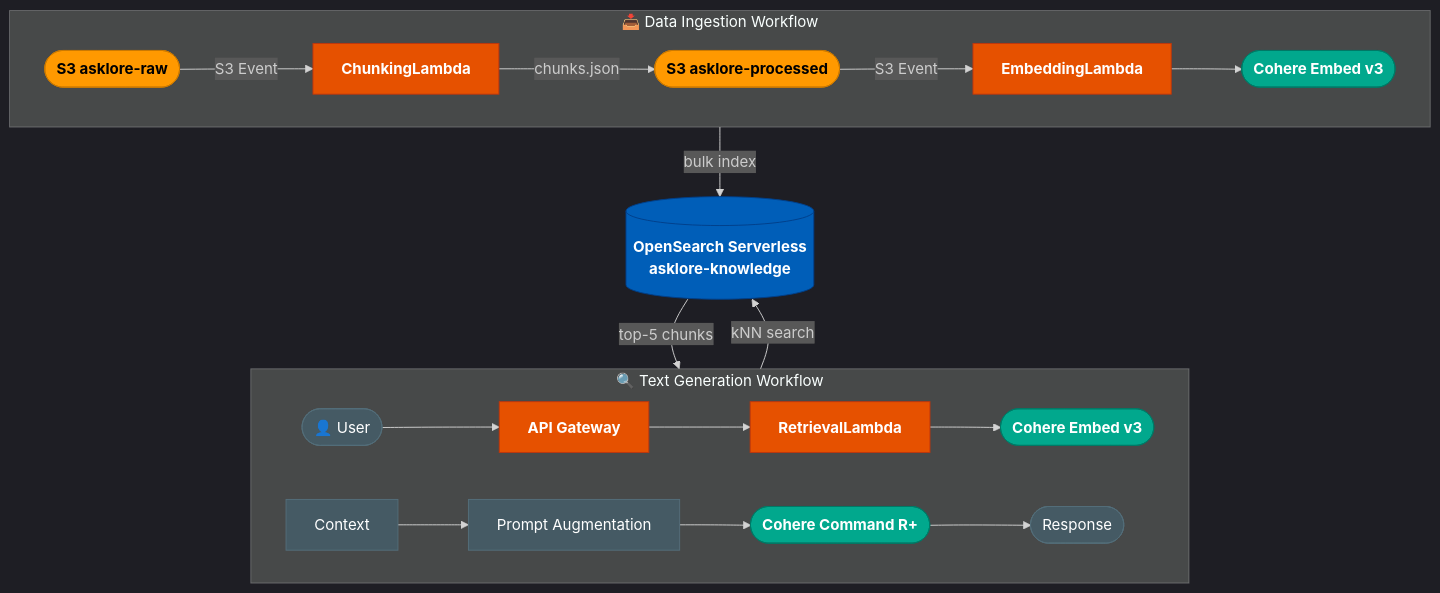
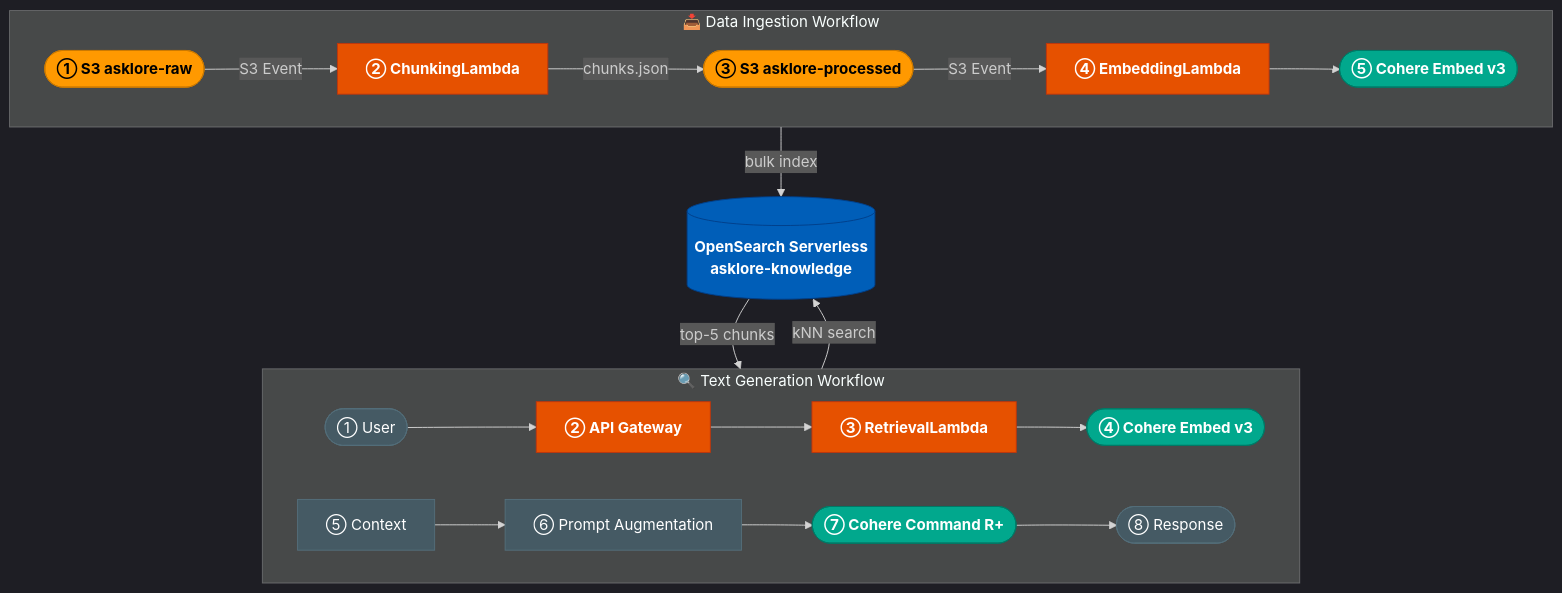
One commit to Sunilrana1978/AskLore changed the diagram in README.md. Above: the diagram before and after it, drawn with Mermaid.

Commit message:
Add step numbers to architecture diagram nodes
Each pipeline has its own ①–⑧ sequence so readers can trace
the flow independently: Text Generation ①–⑧, Ingestion ①–⑤.

````diff
--- a/README.md
+++ b/README.md
@@ -9,40 +9,40 @@
 ```mermaid
 %%{init: {'theme': 'dark'}}%%
 flowchart TB
 
     classDef s3      fill:#FF9900,stroke:#cc7a00,color:#000,font-weight:bold
     classDef lambda  fill:#E65100,stroke:#bf360c,color:#fff,font-weight:bold
     classDef bedrock fill:#01A88D,stroke:#007a67,color:#fff,font-weight:bold
     classDef os      fill:#005EB8,stroke:#003f8a,color:#fff,font-weight:bold
     classDef ext     fill:#455A64,stroke:#546E7A,color:#fff
 
     subgraph QRY["🔍 Text Generation Workflow"]
         direction LR
-        USR(["👤 User"]):::ext
-        GW["API Gateway"]:::lambda
-        RL["RetrievalLambda"]:::lambda
-        CE2(["Cohere Embed v3"]):::bedrock
-        CTX["Context"]:::ext
-        PA["Prompt Augmentation"]:::ext
-        LLM(["Cohere Command R+"]):::bedrock
-        RESP(["Response"]):::ext
+        USR(["① User"]):::ext
+        GW["② API Gateway"]:::lambda
+        RL["③ RetrievalLambda"]:::lambda
+        CE2(["④ Cohere Embed v3"]):::bedrock
+        CTX["⑤ Context"]:::ext
+        PA["⑥ Prompt Augmentation"]:::ext
+        LLM(["⑦ Cohere Command R+"]):::bedrock
+        RESP(["⑧ Response"]):::ext
         USR --> GW --> RL --> CE2
         CTX --> PA --> LLM --> RESP
     end
 
     VS[("OpenSearch Serverless\nasklore-knowledge")]:::os
 
     subgraph ING["📥 Data Ingestion Workflow"]
         direction LR
-        DS(["S3 asklore-raw"]):::s3
-        CL["ChunkingLambda"]:::lambda
-        PROC(["S3 asklore-processed"]):::s3
-        EL["EmbeddingLambda"]:::lambda
-        CE1(["Cohere Embed v3"]):::bedrock
+        DS(["① S3 asklore-raw"]):::s3
+        CL["② ChunkingLambda"]:::lambda
+        PROC(["③ S3 asklore-processed"]):::s3
+        EL["④ EmbeddingLambda"]:::lambda
+        CE1(["⑤ Cohere Embed v3"]):::bedrock
         DS -->|S3 Event| CL -->|chunks.json| PROC -->|S3 Event| EL --> CE1
     end
 
     CE2 -->|kNN search| VS
     VS -->|top-5 chunks| CTX
     CE1 -->|bulk index| VS
 ```
````
